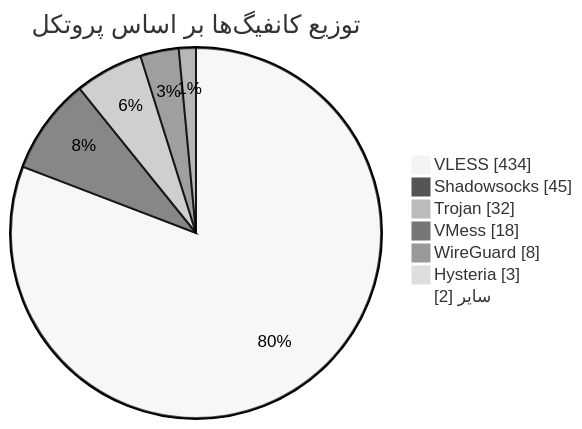
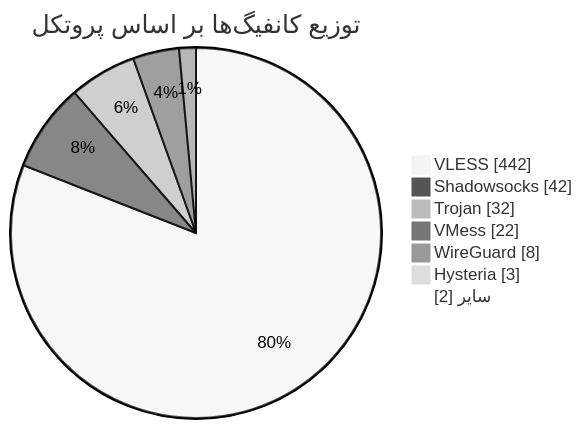
Before and after one commit to Arian-Alijani/Somthing: the diagram in README.md, drawn with Mermaid (neutral theme). The commit also changed other lines of this file and 73 other files, not shown here.

````diff
--- a/README.md
+++ b/README.md
@@ -49,11 +49,11 @@
 ```mermaid
 pie showData
     title توزیع کانفیگ‌ها بر اساس پروتکل
-    "VLESS" : 434
-    "Shadowsocks" : 45
+    "VLESS" : 442
+    "Shadowsocks" : 42
     "Trojan" : 32
-    "VMess" : 18
+    "VMess" : 22
     "WireGuard" : 8
     "Hysteria" : 3
     "سایر" : 2
 ```
````
